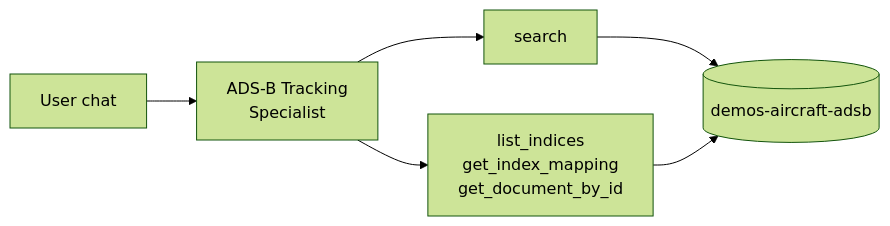
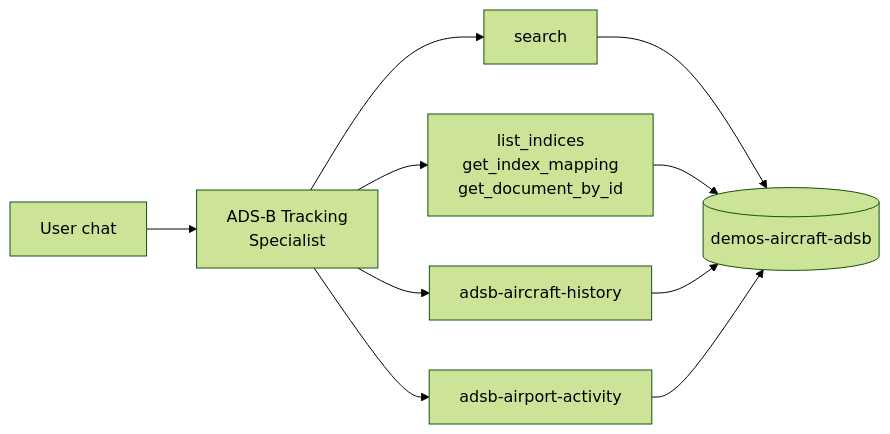
One commit to face0b1101/geo-hackathon changed the second of 4 diagrams in elasticsearch/agents/README.md. Above: the diagram before and after it, drawn with Mermaid (forest theme). The commit also changed other lines of this file and 5 other files, not shown here.

First line of the commit message:
feat: add airport activity report workflow (ES|QL)

````diff
--- a/elasticsearch/agents/README.md
+++ b/elasticsearch/agents/README.md
@@ -108,8 +118,12 @@
 ```mermaid
 flowchart LR
     User["User chat"] --> Agent["ADS-B Tracking\nSpecialist"]
     Agent --> Search["search"]
     Agent --> Meta["list_indices\nget_index_mapping\nget_document_by_id"]
+    Agent --> AircraftHistory["adsb-aircraft-history"]
+    Agent --> AirportActivity["adsb-airport-activity"]
     Search --> ES[("demos-aircraft-adsb")]
     Meta --> ES
+    AircraftHistory --> ES
+    AirportActivity --> ES
 ```
````
